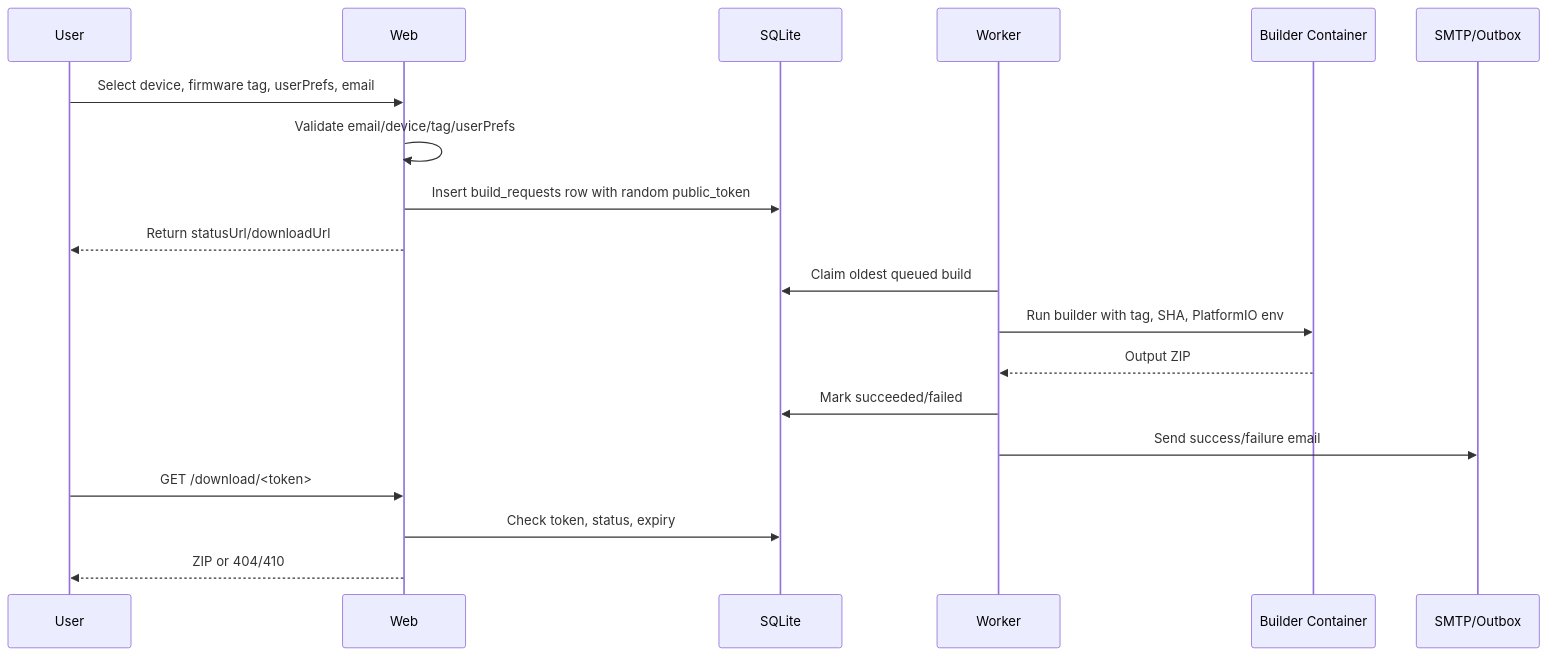
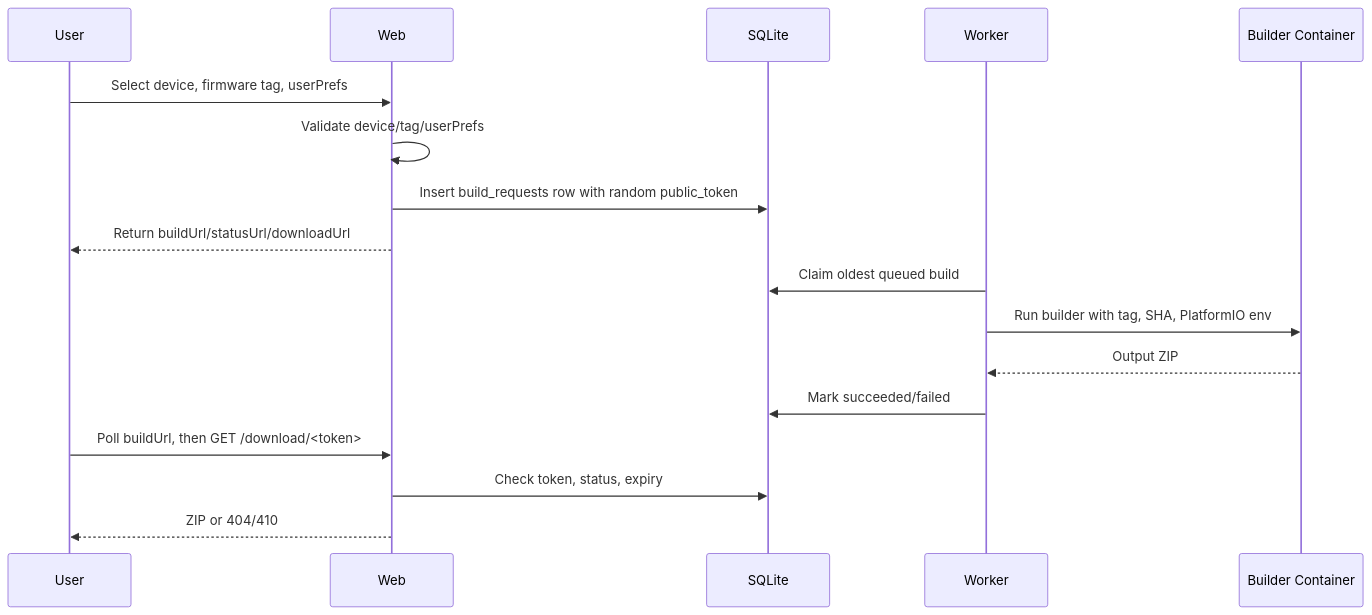
The diagram in docs/architecture.md (lazynoda/meshtastic-builder), drawn with Mermaid before and after one commit. The commit also changed other lines of this file and 48 other files, not shown here.

First line of the commit message:
Support firmware 2.8.0 userPrefs and replace email with private build URLs

````diff
--- a/docs/architecture.md
+++ b/docs/architecture.md
@@ -19,22 +19,20 @@
 ```mermaid
 sequenceDiagram
     participant User
     participant Web
     participant DB as SQLite
     participant Worker
     participant Docker as Builder Container
-    participant Mail as SMTP/Outbox
 
-    User->>Web: Select device, firmware tag, userPrefs, email
-    Web->>Web: Validate email/device/tag/userPrefs
+    User->>Web: Select device, firmware tag, userPrefs
+    Web->>Web: Validate device/tag/userPrefs
     Web->>DB: Insert build_requests row with random public_token
-    Web-->>User: Return statusUrl/downloadUrl
+    Web-->>User: Return buildUrl/statusUrl/downloadUrl
     Worker->>DB: Claim oldest queued build
     Worker->>Docker: Run builder with tag, SHA, PlatformIO env
     Docker-->>Worker: Output ZIP
     Worker->>DB: Mark succeeded/failed
-    Worker->>Mail: Send success/failure email
-    User->>Web: GET /download/<token>
+    User->>Web: Poll buildUrl, then GET /download/<token>
     Web->>DB: Check token, status, expiry
     Web-->>User: ZIP or 404/410
 ```
````
